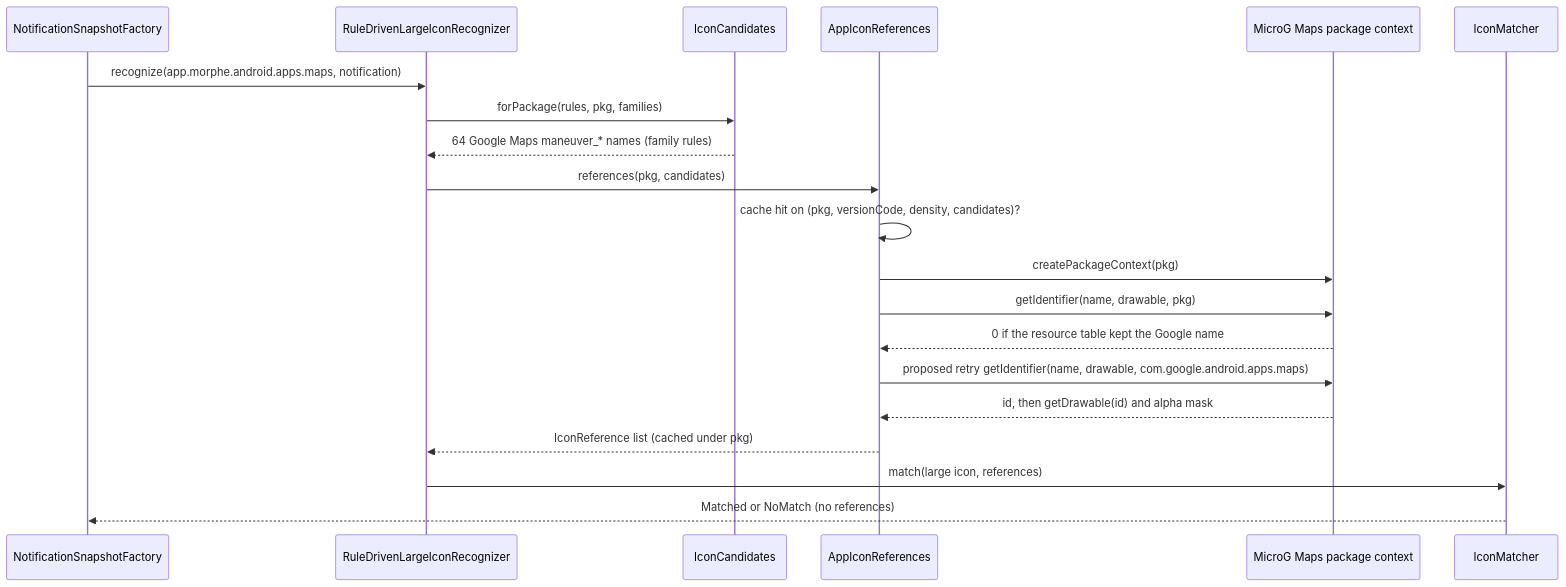
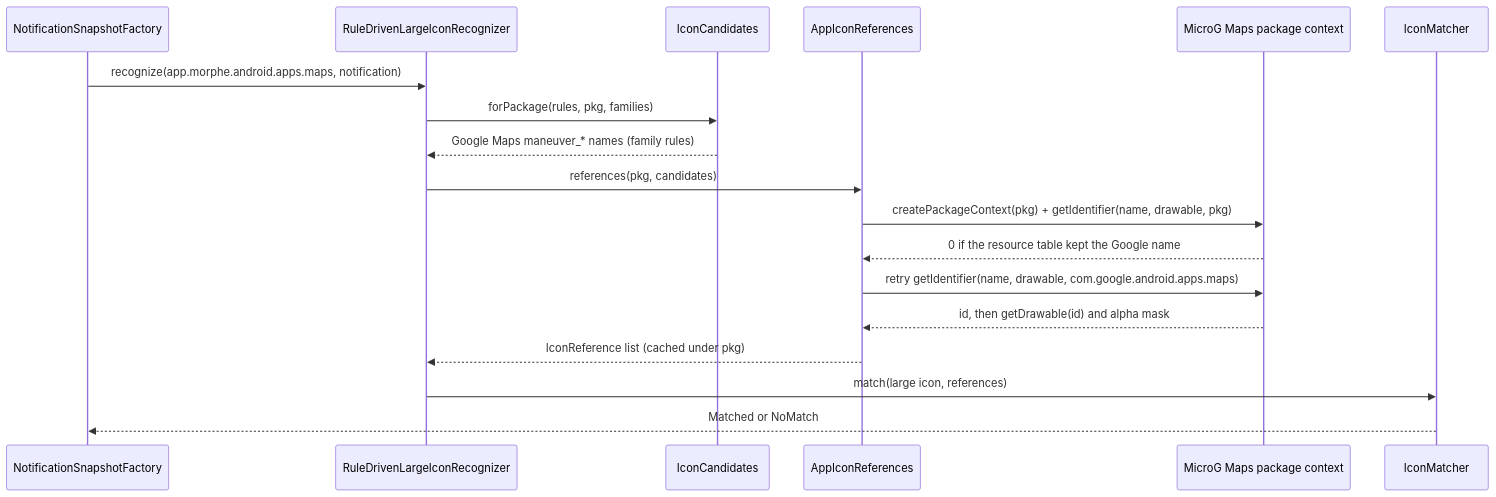
One commit to optio/PebbleNTN changed the sixth of 12 diagrams in aidlc/spaces/default/codekb/PebbleNTN/architecture.md. Above: the diagram before and after it, drawn with Mermaid. The commit also changed other lines of this file and 101 other files, not shown here.

````diff
--- a/aidlc/spaces/default/codekb/PebbleNTN/architecture.md
+++ b/aidlc/spaces/default/codekb/PebbleNTN/architecture.md
@@ -167,22 +213,20 @@
 ```mermaid
 sequenceDiagram
   participant SF as NotificationSnapshotFactory
   participant IR as RuleDrivenLargeIconRecognizer
   participant IC as IconCandidates
   participant AR as AppIconReferences
   participant MM as MicroG Maps package context
   participant IM as IconMatcher
   SF->>IR: recognize(app.morphe.android.apps.maps, notification)
   IR->>IC: forPackage(rules, pkg, families)
-  IC-->>IR: 64 Google Maps maneuver_* names (family rules)
+  IC-->>IR: Google Maps maneuver_* names (family rules)
   IR->>AR: references(pkg, candidates)
-  AR->>AR: cache hit on (pkg, versionCode, density, candidates)?
-  AR->>MM: createPackageContext(pkg)
-  AR->>MM: getIdentifier(name, drawable, pkg)
+  AR->>MM: createPackageContext(pkg) + getIdentifier(name, drawable, pkg)
   MM-->>AR: 0 if the resource table kept the Google name
-  AR->>MM: proposed retry getIdentifier(name, drawable, com.google.android.apps.maps)
+  AR->>MM: retry getIdentifier(name, drawable, com.google.android.apps.maps)
   MM-->>AR: id, then getDrawable(id) and alpha mask
   AR-->>IR: IconReference list (cached under pkg)
   IR->>IM: match(large icon, references)
-  IM-->>SF: Matched or NoMatch (no references)
+  IM-->>SF: Matched or NoMatch
 ```
````
